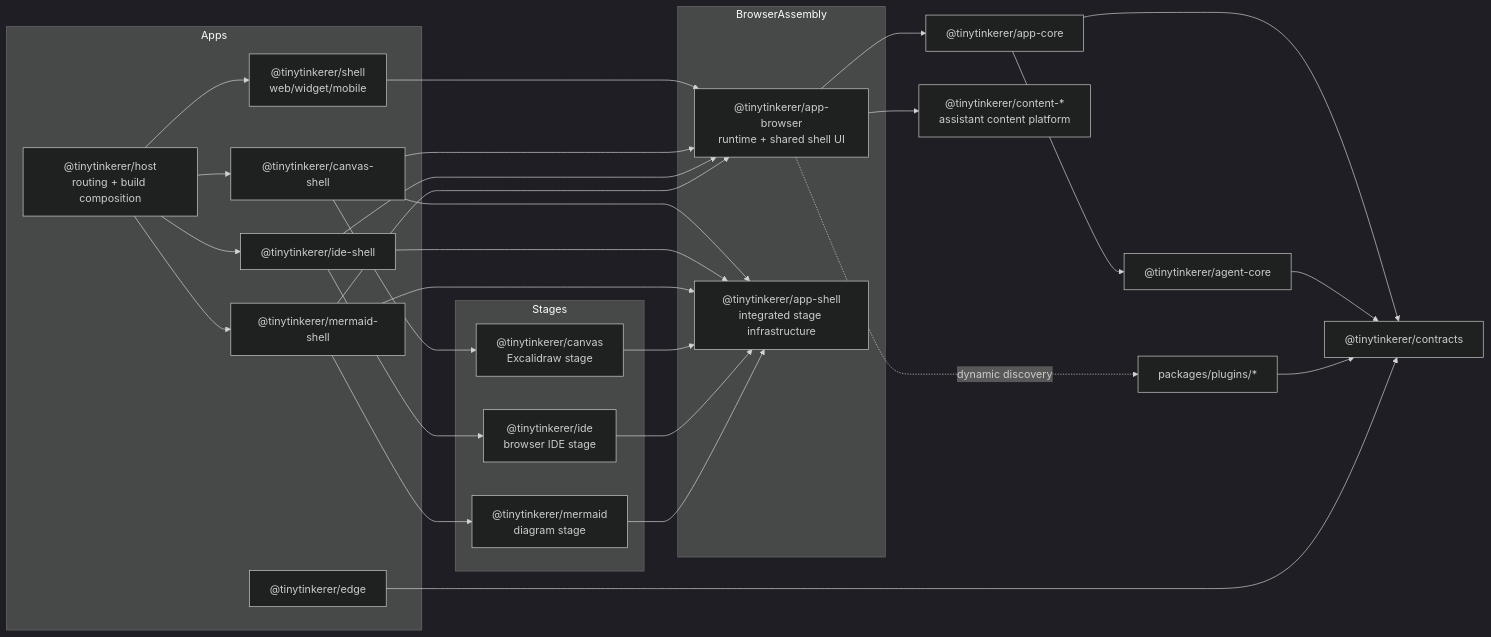
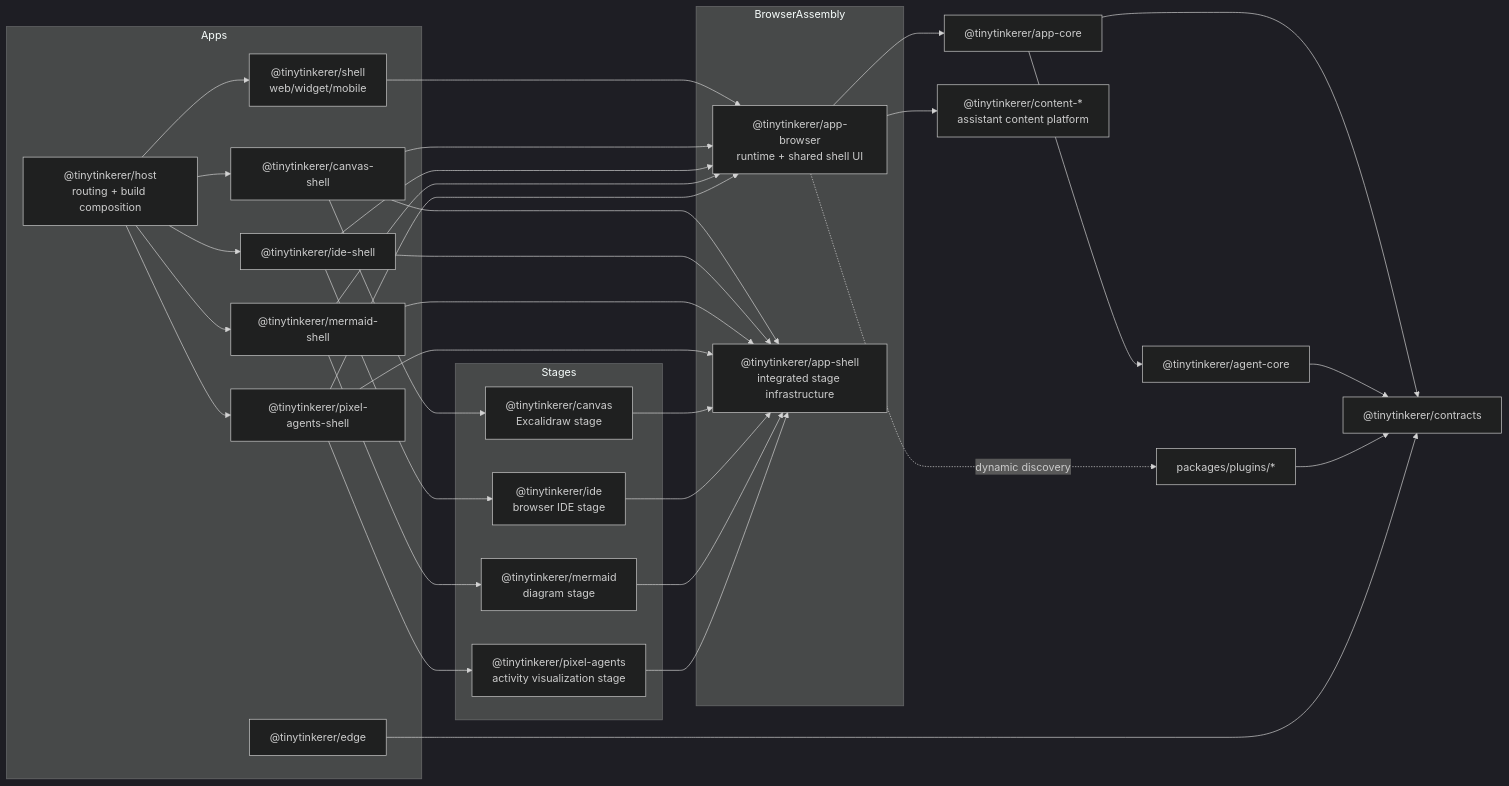
Before and after one commit to NNTin/tinytinkerer: the diagram in docs/ARCHITECTURE.md, drawn with Mermaid (dark theme). The commit also changed other lines of this file and 48 other files, not shown here.

Commit message:
feat: add Pixel Agents workspace

````diff
--- a/docs/ARCHITECTURE.md
+++ b/docs/ARCHITECTURE.md
@@ -62,54 +69,61 @@
 ```mermaid
 flowchart LR
   subgraph Apps
     host["@tinytinkerer/host<br/>routing + build composition"]
     shell["@tinytinkerer/shell<br/>web/widget/mobile"]
     canvasShell["@tinytinkerer/canvas-shell"]
     ideShell["@tinytinkerer/ide-shell"]
     mermaidShell["@tinytinkerer/mermaid-shell"]
+    pixelAgentsShell["@tinytinkerer/pixel-agents-shell"]
     edge["@tinytinkerer/edge"]
   end
 
   subgraph BrowserAssembly
     appbrowser["@tinytinkerer/app-browser<br/>runtime + shared shell UI"]
     appshell["@tinytinkerer/app-shell<br/>integrated stage infrastructure"]
   end
 
   subgraph Stages
     canvas["@tinytinkerer/canvas<br/>Excalidraw stage"]
     ide["@tinytinkerer/ide<br/>browser IDE stage"]
     mermaid["@tinytinkerer/mermaid<br/>diagram stage"]
+    pixelAgents["@tinytinkerer/pixel-agents<br/>activity visualization stage"]
   end
 
   contracts["@tinytinkerer/contracts"]
   appcore["@tinytinkerer/app-core"]
   agent["@tinytinkerer/agent-core"]
   content["@tinytinkerer/content-*<br/>assistant content platform"]
   plugins["packages/plugins/*"]
 
   host --> shell
   host --> canvasShell
   host --> ideShell
   host --> mermaidShell
+  host --> pixelAgentsShell
   shell --> appbrowser
   canvasShell --> appbrowser
   canvasShell --> appshell
   canvasShell --> canvas
   ideShell --> appbrowser
   ideShell --> appshell
   ideShell --> ide
   mermaidShell --> appbrowser
   mermaidShell --> appshell
   mermaidShell --> mermaid
+  pixelAgentsShell --> appbrowser
+  pixelAgentsShell --> appshell
+  pixelAgentsShell --> pixelAgents
   canvas --> appshell
   ide --> appshell
   mermaid --> appshell
+  pixelAgents --> appshell
   appbrowser --> appcore
   appbrowser --> content
   appbrowser -. "dynamic discovery" .-> plugins
   appcore --> agent
   appcore --> contracts
   agent --> contracts
   plugins --> contracts
   edge --> contracts
 ```
````
